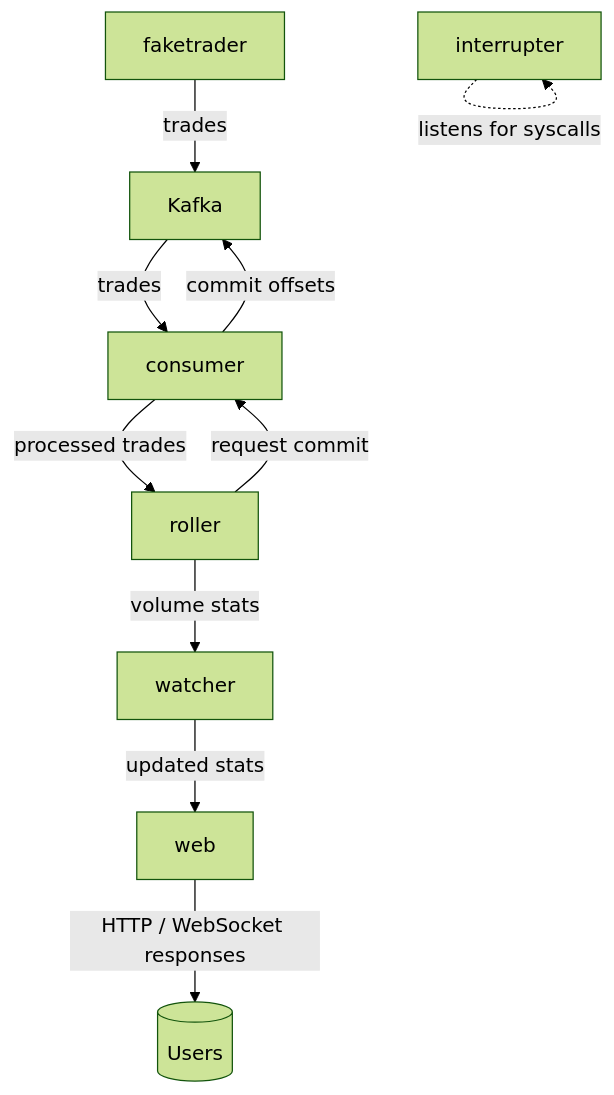
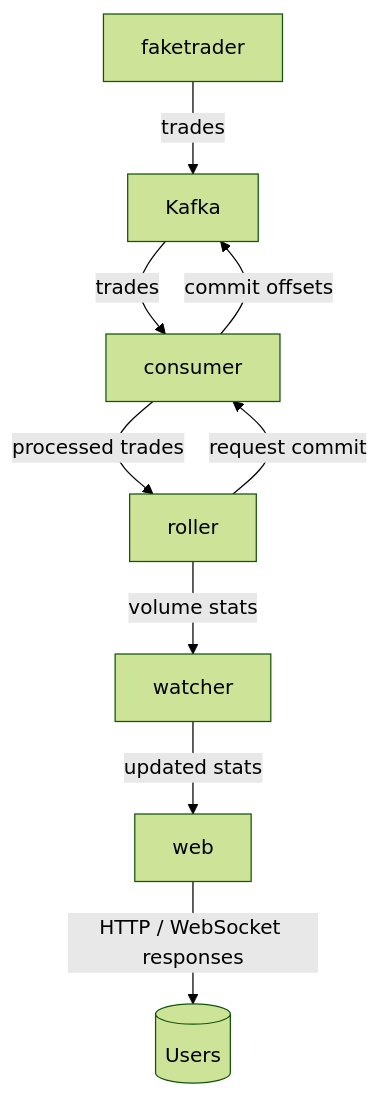
Before and after one commit to zamyatin-zkex/volumer: the first of 2 diagrams in README.md, drawn with Mermaid (forest theme). The commit also changed other lines of this file and 1 other file, not shown here.

````diff
--- a/README.md
+++ b/README.md
@@ -18,13 +31,11 @@
 ```mermaid
 flowchart TD
     F[faketrader] -- "trades" --> K[Kafka]
     K -- "trades" --> C[consumer]
     C -- "processed trades" --> R[roller]
     R -- "request commit" --> C
     C -- "commit offsets" --> K
     R -- "volume stats" --> Wt[watcher]
     Wt -- "updated stats" --> W[web]
     W -- "HTTP / WebSocket responses" --> U[(Users)]
-
-    I[interrupter] -. "listens for syscalls" .-> I
 ```
````
